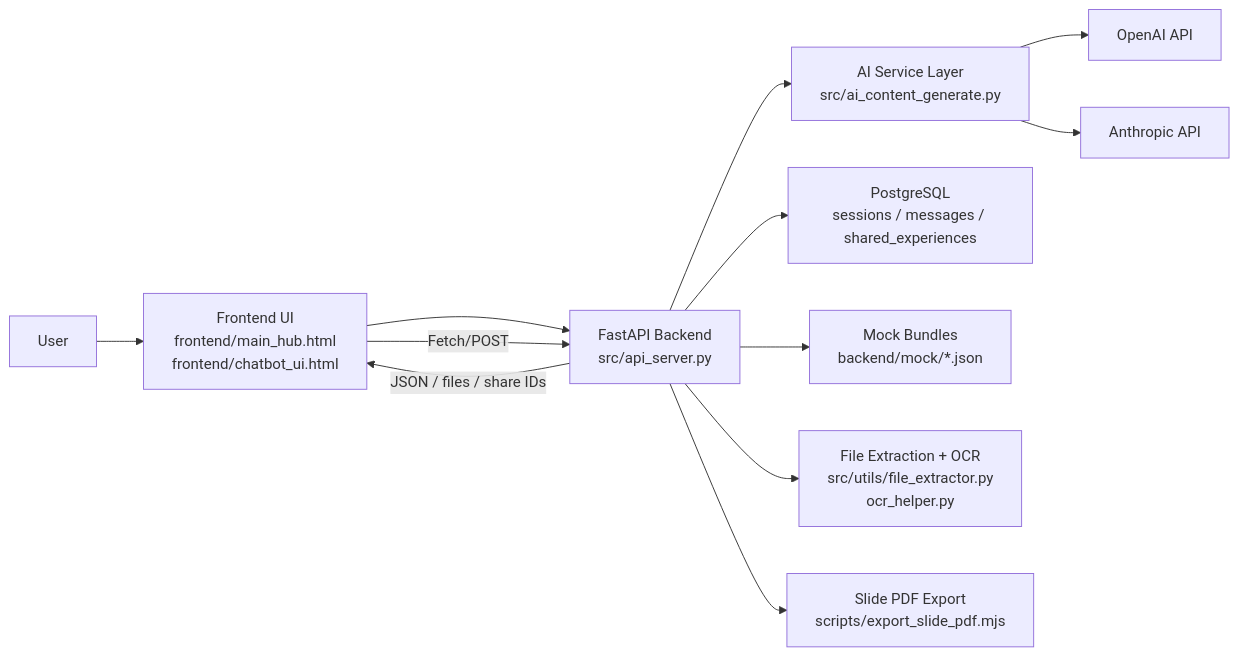
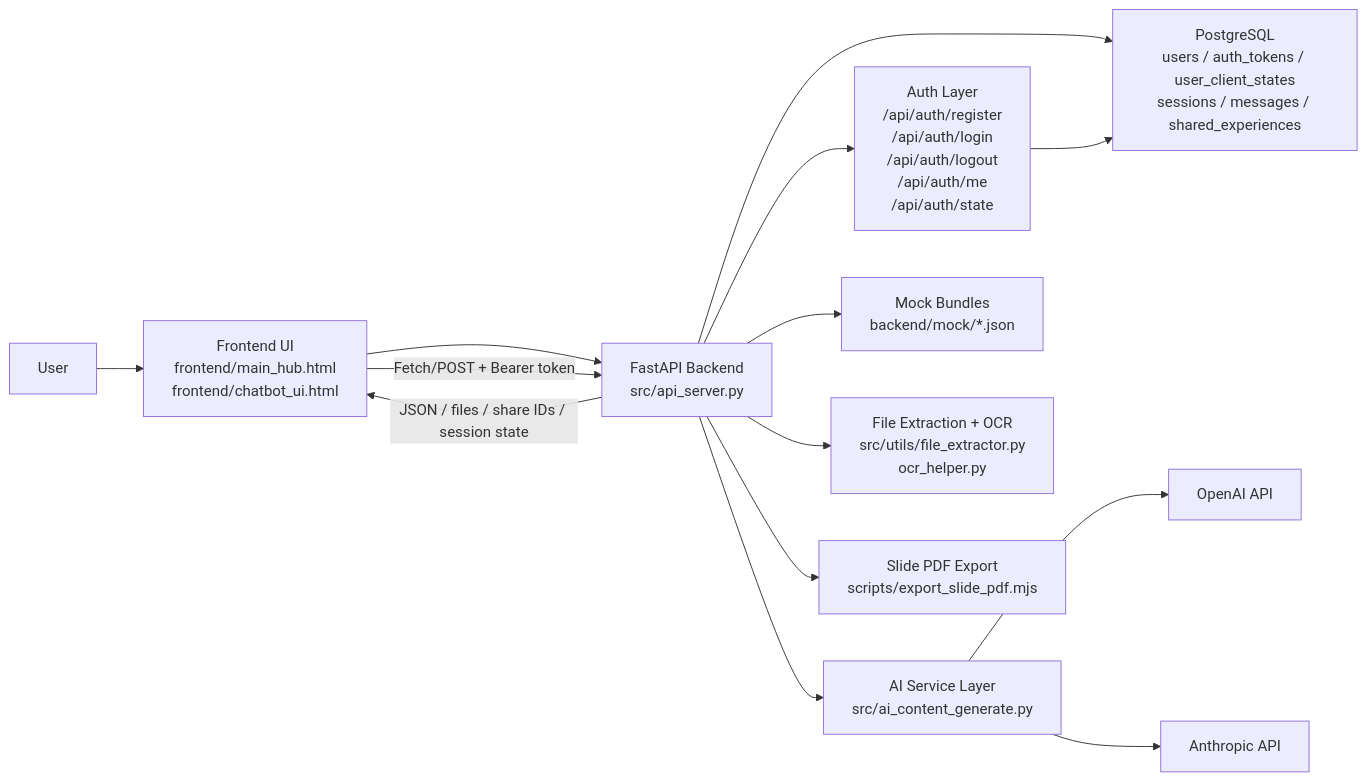
The first of 2 diagrams in ARCHITECTURE.md (giakhanhhii/TeachlyAI), drawn with Mermaid before and after one commit. The commit also changed other lines of this file and 4 other files, not shown here.

````diff
--- a/ARCHITECTURE.md
+++ b/ARCHITECTURE.md
@@ -116,18 +128,20 @@
 ```mermaid
 flowchart LR
     U["User"] --> FE["Frontend UI\nfrontend/main_hub.html\nfrontend/chatbot_ui.html"]
 
     FE --> API["FastAPI Backend\nsrc/api_server.py"]
 
+    API --> AUTH["Auth Layer\n/api/auth/register\n/api/auth/login\n/api/auth/logout\n/api/auth/me\n/api/auth/state"]
     API --> AI["AI Service Layer\nsrc/ai_content_generate.py"]
-    API --> DB["PostgreSQL\nsessions / messages / shared_experiences"]
+    API --> DB["PostgreSQL\nusers / auth_tokens / user_client_states\nsessions / messages / shared_experiences"]
     API --> MOCK["Mock Bundles\nbackend/mock/*.json"]
     API --> EXTRACT["File Extraction + OCR\nsrc/utils/file_extractor.py\nocr_helper.py"]
     API --> EXPORT["Slide PDF Export\nscripts/export_slide_pdf.mjs"]
 
+    AUTH --> DB
     AI --> OAI["OpenAI API"]
     AI --> ANT["Anthropic API"]
 
-    FE -->|Fetch/POST| API
-    API -->|JSON / files / share IDs| FE
+    FE -->|Fetch/POST + Bearer token| API
+    API -->|JSON / files / share IDs / session state| FE
 ```
````
